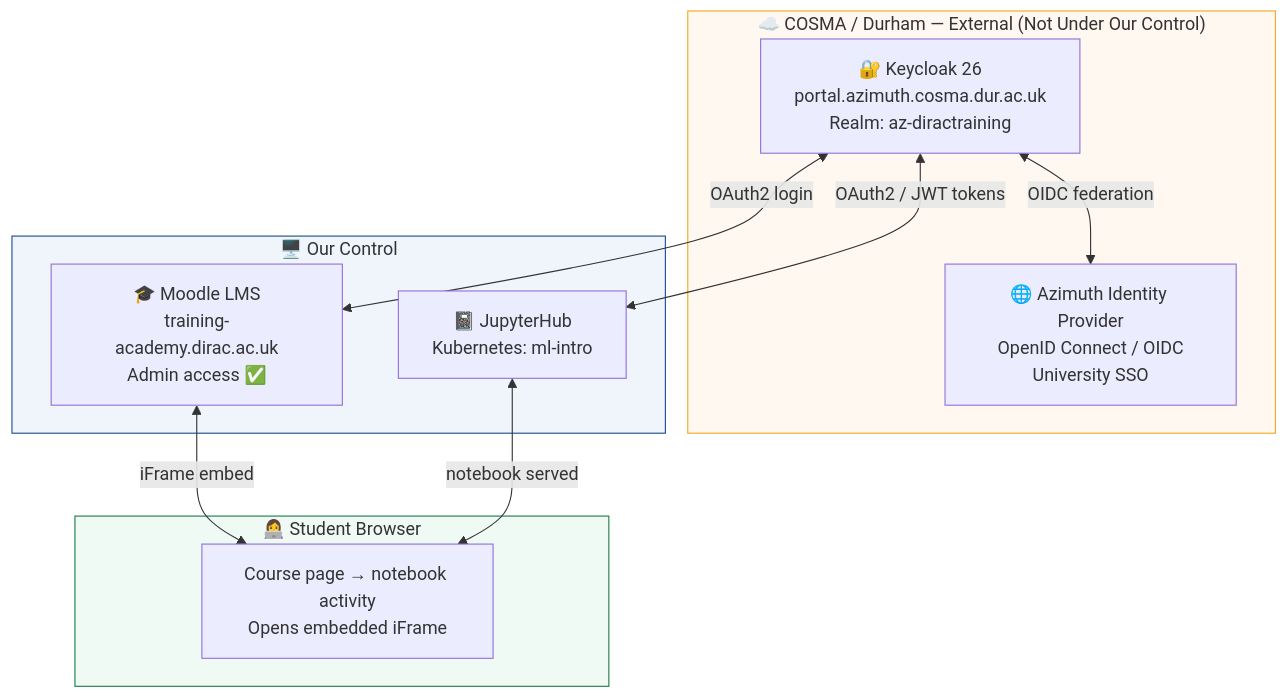
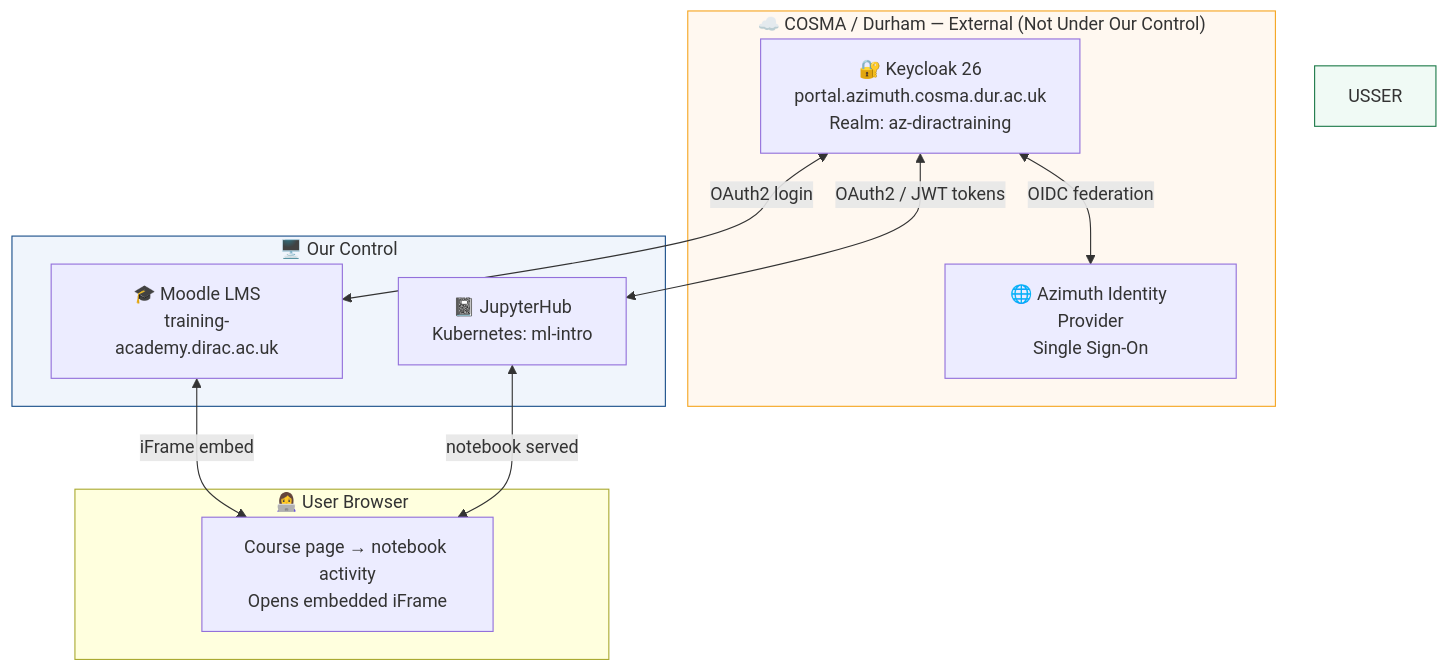
Before and after one commit to gokmenkilic/ML-Intro: the diagram in moodle_jupyterhub.md, drawn with Mermaid.

Commit message:
student to user

````diff
--- a/moodle_jupyterhub.md
+++ b/moodle_jupyterhub.md
@@ -32,26 +32,26 @@
 ```mermaid
 graph TD
     subgraph COSMA["☁️ COSMA / Durham  —  External (Not Under Our Control)"]
         KC["🔐 Keycloak 26<br/>portal.azimuth.cosma.dur.ac.uk<br/>Realm: az-diractraining"]
-        AZ["🌐 Azimuth Identity Provider<br/>OpenID Connect / OIDC<br/>University SSO"]
+        AZ["🌐 Azimuth Identity Provider<br/>Single Sign-On"]
         KC <-->|"OIDC federation"| AZ
     end
 
     subgraph OURS["🖥️ Our Control"]
         ML["📓 JupyterHub<br/>Kubernetes: ml-intro<br/>"]
-        MO["🎓 Moodle LMS<br/>training-academy.dirac.ac.uk<br/>Admin access ✅"]
+        MO["🎓 Moodle LMS<br/>training-academy.dirac.ac.uk<br/>"]
     end
 
-    subgraph STUDENT["👩‍💻 Student Browser"]
+    subgraph USER["👩‍💻 User Browser"]
         BR["Course page → notebook activity<br/>Opens embedded iFrame"]
     end
 
     KC <-->|"OAuth2 / JWT tokens"| ML
     KC <-->|"OAuth2 login"| MO
     MO <-->|"iFrame embed"| BR
     ML <-->|"notebook served"| BR
 
     style COSMA fill:#fff8f0,stroke:#f5a623
     style OURS fill:#f0f5fc,stroke:#1a4f8a
-    style STUDENT fill:#f0faf5,stroke:#1e7a4a
+    style USSER fill:#f0faf5,stroke:#1e7a4a
 ```
````
